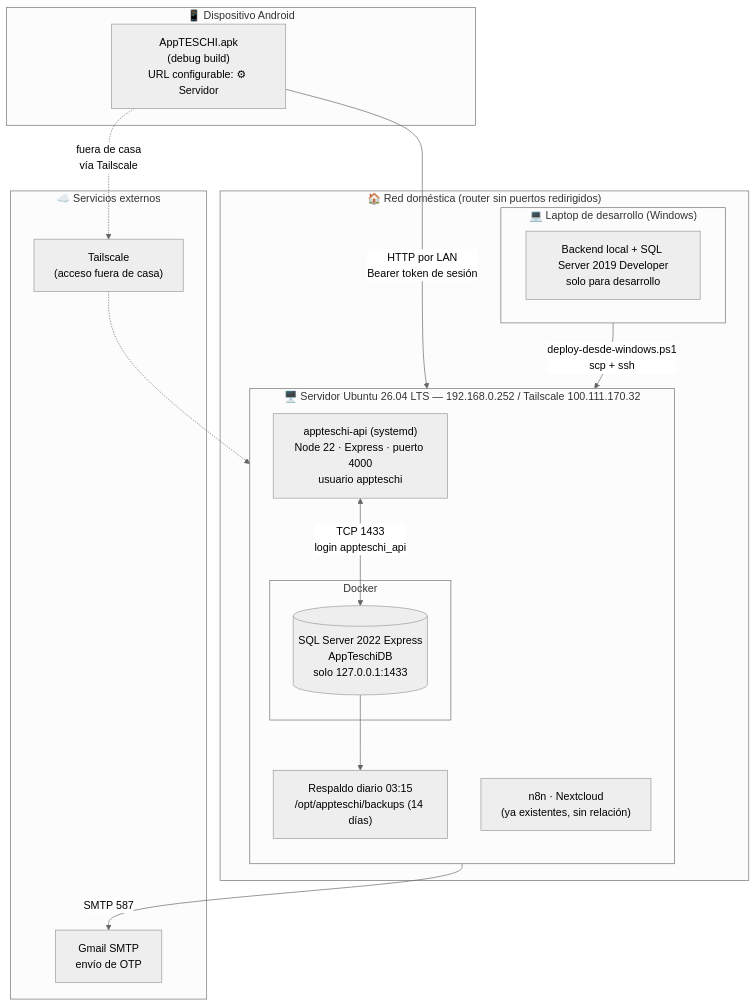
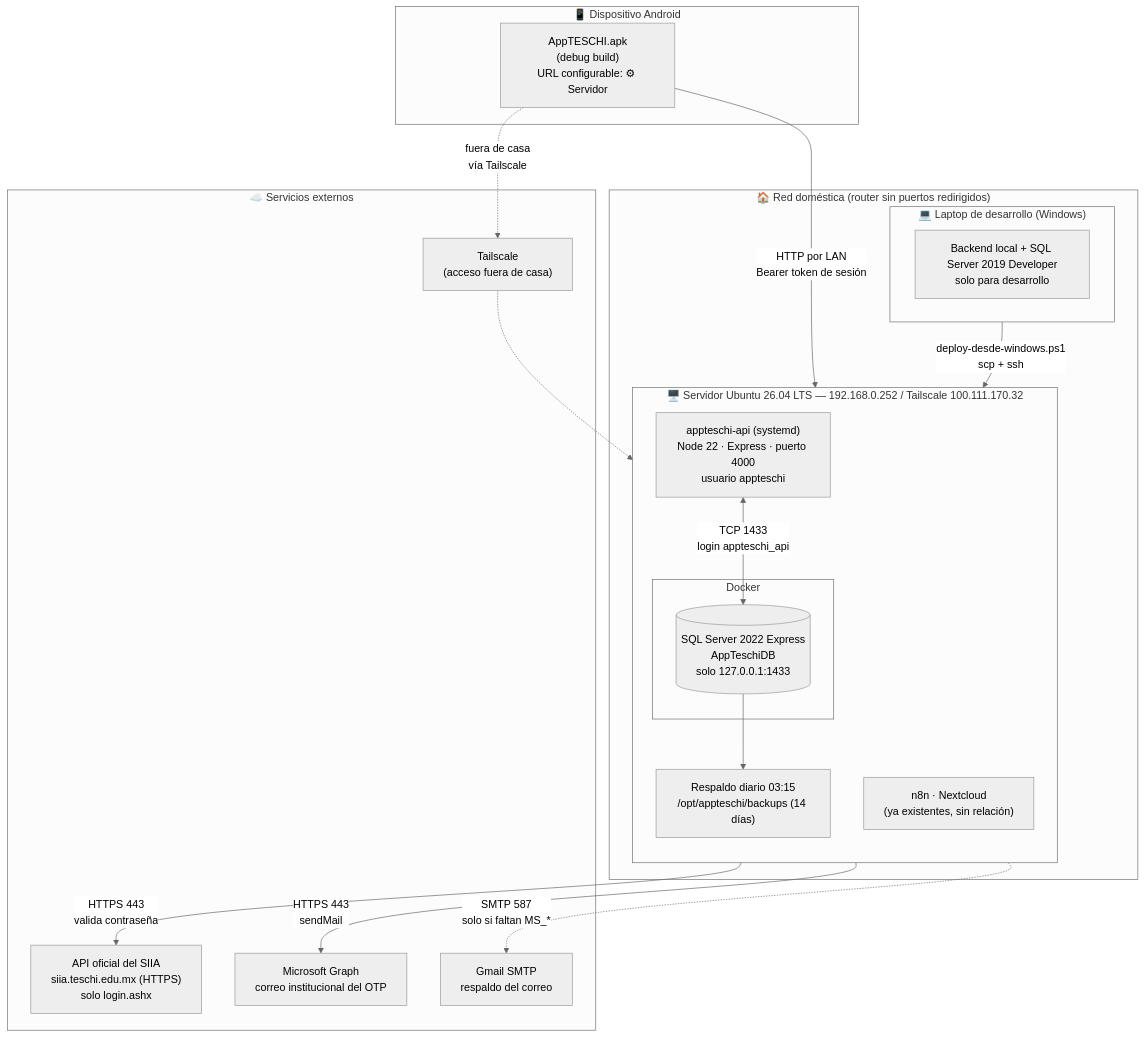
One commit to KevinSV-asv/App-Teschi changed the diagram in Cerebro_AppEscolar/09_ANALISIS_Y_DISENO/05_Diagrama_Despliegue.md. Above: the diagram before and after it, drawn with Mermaid (neutral theme). The commit also changed other lines of this file and 220 other files, not shown here.

````diff
--- a/Cerebro_AppEscolar/09_ANALISIS_Y_DISENO/05_Diagrama_Despliegue.md
+++ b/Cerebro_AppEscolar/09_ANALISIS_Y_DISENO/05_Diagrama_Despliegue.md
@@ -6,34 +8,38 @@
 ```mermaid
 flowchart TB
     subgraph Telefono["📱 Dispositivo Android"]
         APK["AppTESCHI.apk<br/>(debug build)<br/>URL configurable: ⚙ Servidor"]
     end
 
     subgraph Casa["🏠 Red doméstica (router sin puertos redirigidos)"]
         subgraph Servidor["🖥️ Servidor Ubuntu 26.04 LTS — 192.168.0.252 / Tailscale 100.111.170.32"]
             direction TB
             API["appteschi-api (systemd)<br/>Node 22 · Express · puerto 4000<br/>usuario appteschi"]
             subgraph Docker["Docker"]
                 DB[("SQL Server 2022 Express<br/>AppTeschiDB<br/>solo 127.0.0.1:1433")]
             end
             BK["Respaldo diario 03:15<br/>/opt/appteschi/backups (14 días)"]
             OTROS["n8n · Nextcloud<br/>(ya existentes, sin relación)"]
             API <-->|TCP 1433<br/>login appteschi_api| DB
             DB --> BK
         end
         subgraph Laptop["💻 Laptop de desarrollo (Windows)"]
             DEV["Backend local + SQL Server 2019 Developer<br/>solo para desarrollo"]
         end
     end
 
     subgraph Nube["☁️ Servicios externos"]
-        SMTP["Gmail SMTP<br/>envío de OTP"]
+        SIIA["API oficial del SIIA<br/>siia.teschi.edu.mx (HTTPS)<br/>solo login.ashx"]
+        GRAPH["Microsoft Graph<br/>correo institucional del OTP"]
+        SMTP["Gmail SMTP<br/>respaldo del correo"]
         TS["Tailscale<br/>(acceso fuera de casa)"]
     end
 
     APK -->|HTTP por LAN<br/>Bearer token de sesión| API
     APK -.->|fuera de casa<br/>vía Tailscale| TS
     TS -.-> API
-    API -->|SMTP 587| SMTP
+    API -->|HTTPS 443<br/>valida contraseña| SIIA
+    API -->|HTTPS 443<br/>sendMail| GRAPH
+    API -.->|SMTP 587<br/>solo si faltan MS_*| SMTP
     Laptop -->|deploy-desde-windows.ps1<br/>scp + ssh| Servidor
 ```
````
